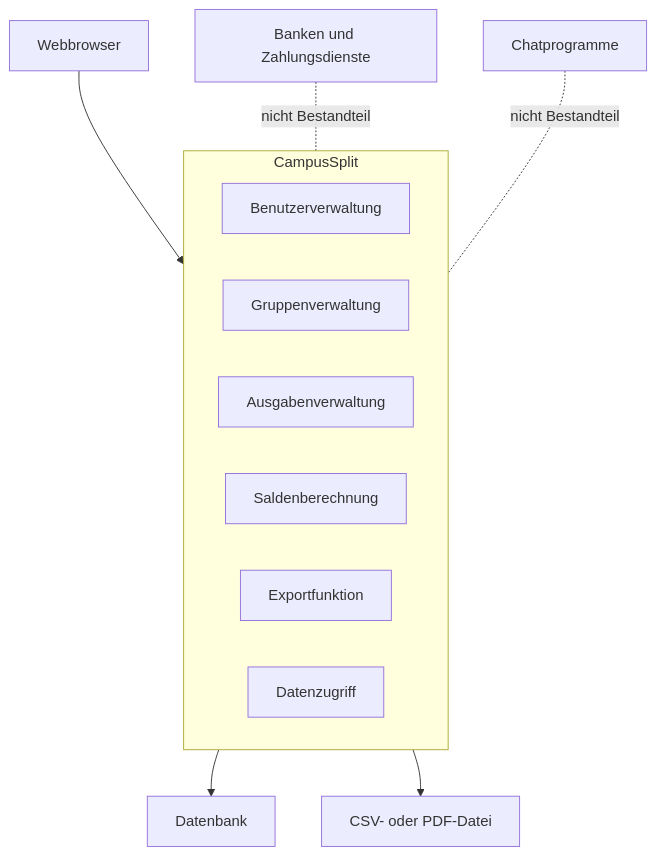
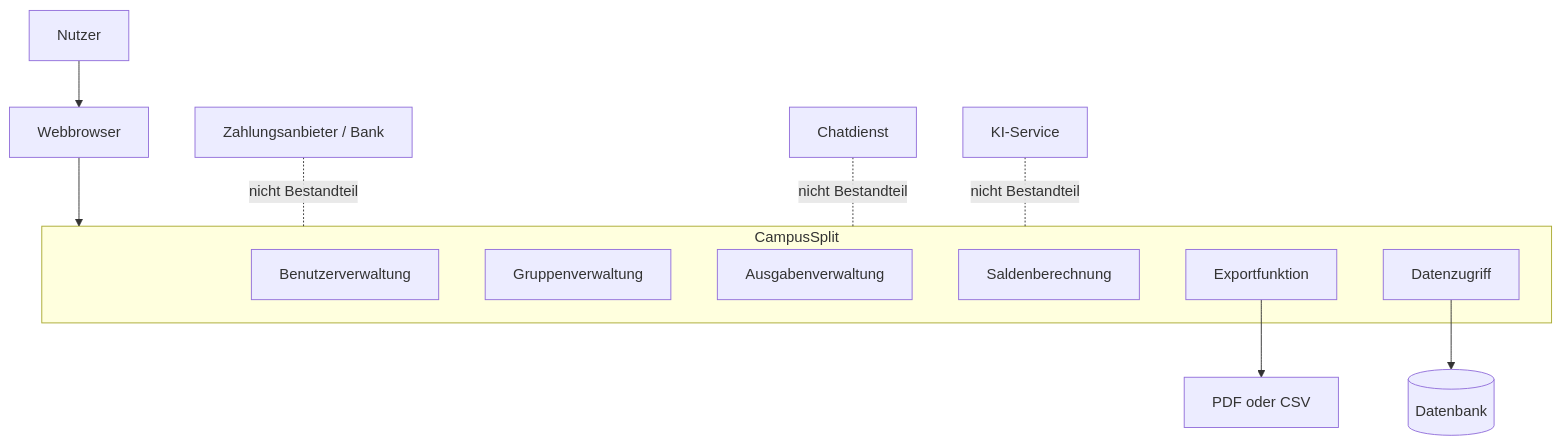
Before and after one commit to Bunyamin0101/WK_1106_CampusSplit: the fifth of 5 diagrams in Spezifikation/P2_Architekturueberblick.md, drawn with Mermaid. The commit also changed other lines of this file, not shown here.

First line of the commit message:
Revise architecture overview and terminology in documentation

````diff
--- a/Spezifikation/P2_Architekturueberblick.md
+++ b/Spezifikation/P2_Architekturueberblick.md
@@ -112,18 +126,20 @@
 ```mermaid
 flowchart TD
     subgraph CS[CampusSplit]
-        A[Benutzerverwaltung]
-        B[Gruppenverwaltung]
-        C[Ausgabenverwaltung]
-        D[Saldenberechnung]
-        E[Exportfunktion]
-        F[Datenzugriff]
+        AUTH[Benutzerverwaltung]
+        GROUPS[Gruppenverwaltung]
+        EXPENSES[Ausgabenverwaltung]
+        BAL[Saldenberechnung]
+        EXPORT[Exportfunktion]
+        DATA[Datenzugriff]
     end
 
-    G[Webbrowser] --> CS
-    CS --> H[Datenbank]
-    CS --> I[CSV- oder PDF-Datei]
+    USER[Nutzer] --> BROWSER[Webbrowser]
+    BROWSER --> CS
+    DATA --> DB[(Datenbank)]
+    EXPORT --> FILE[PDF oder CSV]
 
-    J[Banken und Zahlungsdienste] -. nicht Bestandteil .- CS
-    K[Chatprogramme] -. nicht Bestandteil .- CS
+    PAY[Zahlungsanbieter / Bank] -. nicht Bestandteil .- CS
+    CHAT[Chatdienst] -. nicht Bestandteil .- CS
+    AI[KI-Service] -. nicht Bestandteil .- CS
 ```
````
